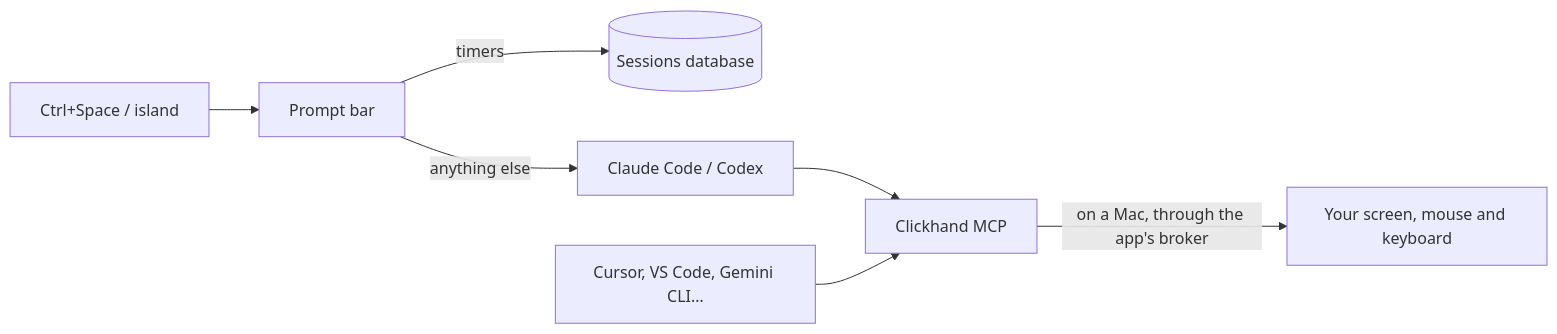
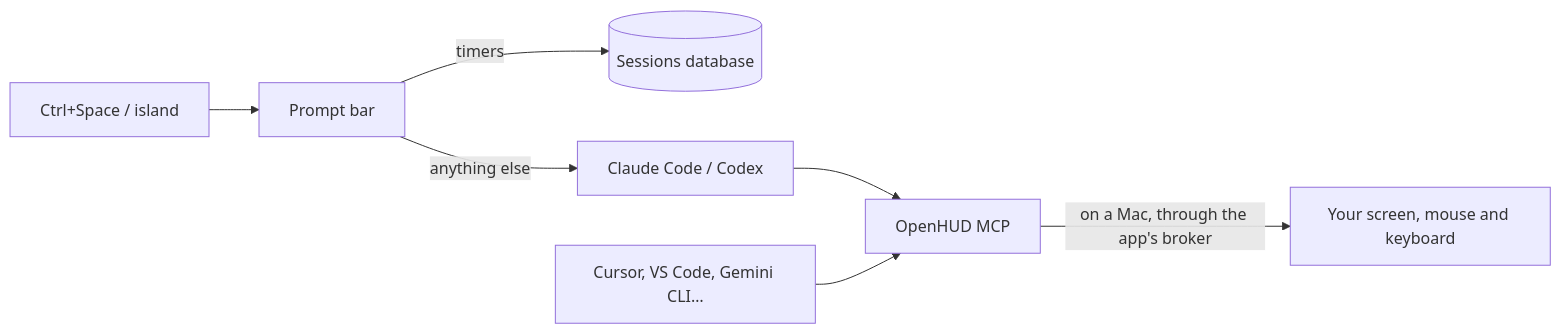
One commit to ultron-hq/clickhand changed the diagram in README.md. Above: the diagram before and after it, drawn with Mermaid. The commit also changed other lines of this file and 59 other files, not shown here.

First line of the commit message:
Rename to OpenHUD (v0.3.0)

````diff
--- a/README.md
+++ b/README.md
@@ -120,9 +120,9 @@
 ```mermaid
 flowchart LR
   K["Ctrl+Space / island"] --> B["Prompt bar"]
   B -->|timers| T[("Sessions database")]
   B -->|anything else| A["Claude Code / Codex"]
-  A --> H["Clickhand MCP"]
+  A --> H["OpenHUD MCP"]
   X["Cursor, VS Code, Gemini CLI…"] --> H
   H -->|on a Mac, through the app's broker| D["Your screen, mouse and keyboard"]
 ```
````
